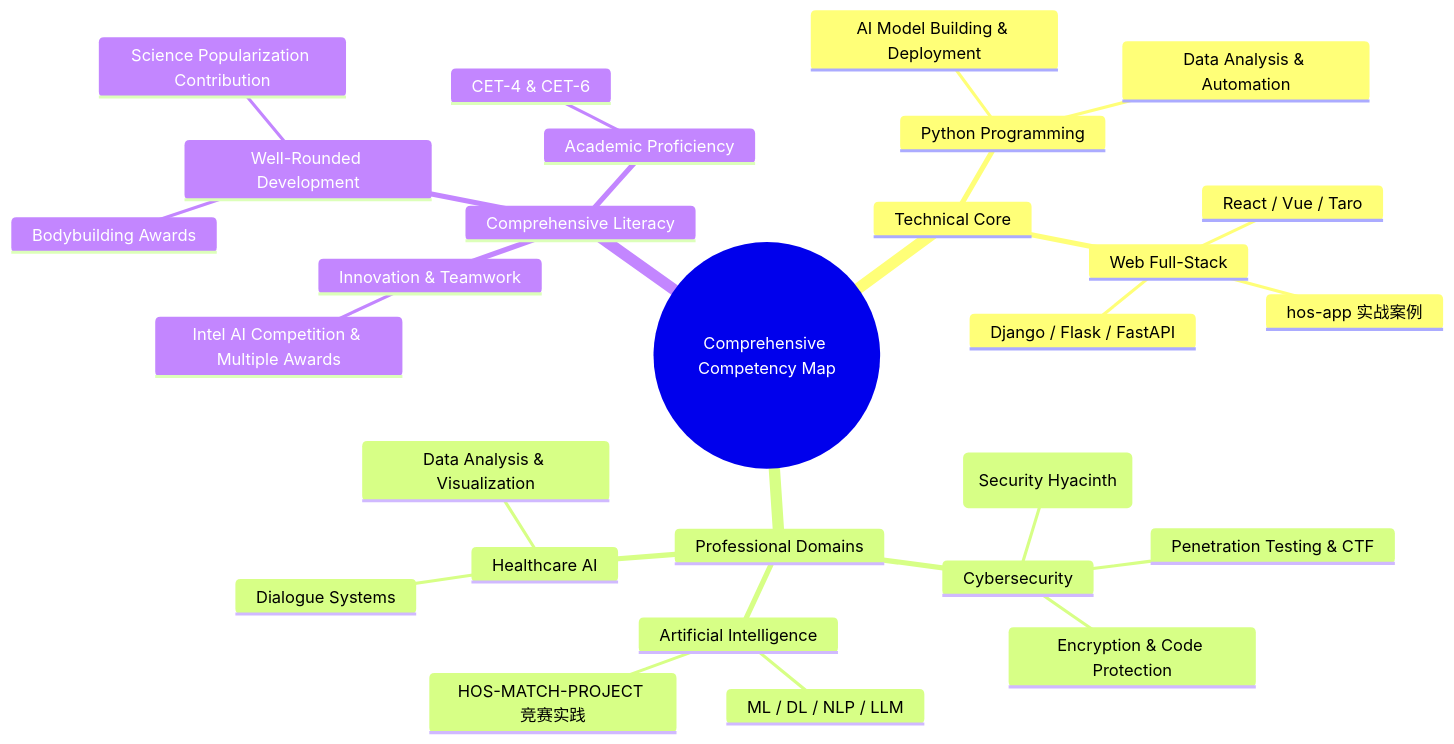
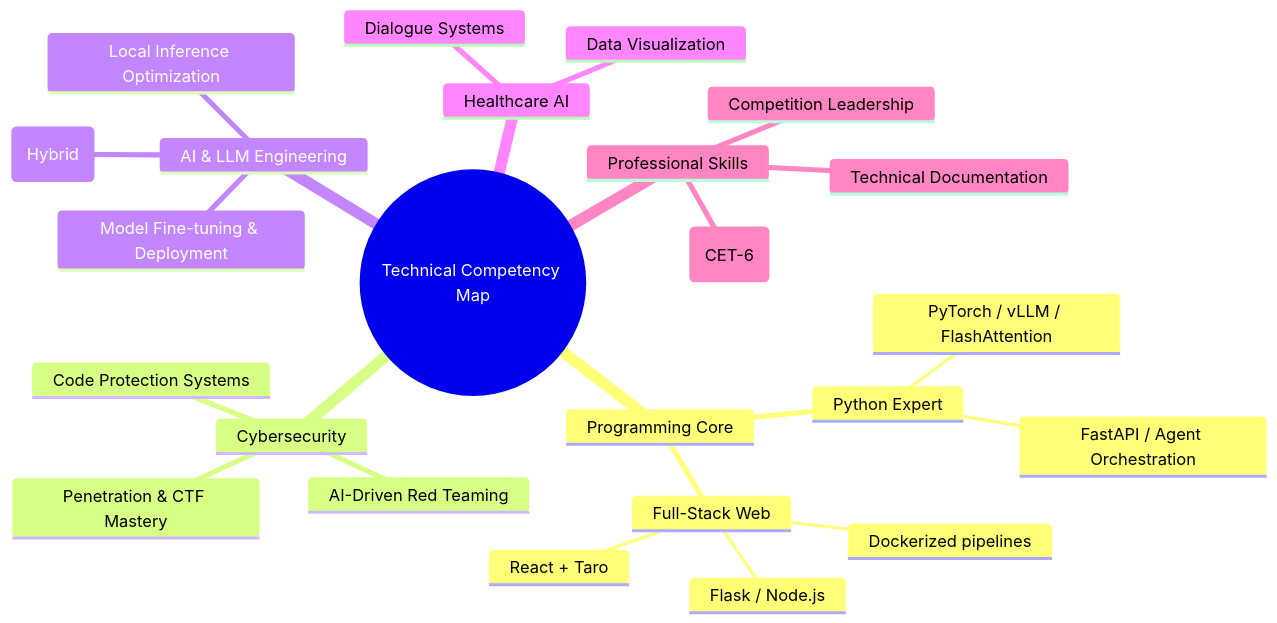
Before and after one commit to lxcxjxhx/RES-PJEXP: the diagram in README.md, drawn with Mermaid. The commit also changed other lines of this file, not shown here.

````diff
--- a/README.md
+++ b/README.md
@@ -57,31 +111,27 @@
 ```mermaid
 mindmap
-  root((Comprehensive Competency Map))
-    Technical Core
-      Python Programming
-        Data Analysis & Automation
-        AI Model Building & Deployment
-      Web Full-Stack
-        React / Vue / Taro
-        Django / Flask / FastAPI
-        hos-app 实战案例
-    Professional Domains
-      Cybersecurity
-        Penetration Testing & CTF
-        Encryption & Code Protection
-        Security Platform (Security Hyacinth)
-      Artificial Intelligence
-        ML / DL / NLP / LLM
-        HOS-MATCH-PROJECT 竞赛实践
-      Healthcare AI
-        Dialogue Systems
-        Data Analysis & Visualization
-    Comprehensive Literacy
-      Academic Proficiency
-        CET-4 & CET-6
-      Innovation & Teamwork
-        Intel AI Competition & Multiple Awards
-      Well-Rounded Development
-        Bodybuilding Awards
-        Science Popularization Contribution
+  root((Technical Competency Map))
+    Programming Core
+      Python Expert
+        PyTorch / vLLM / FlashAttention
+        FastAPI / Agent Orchestration
+      Full-Stack Web
+        React + Taro
+        Flask / Node.js
+        Dockerized pipelines
+    Cybersecurity
+      Penetration & CTF Mastery
+      AI-Driven Red Teaming
+      Code Protection Systems
+    AI & LLM Engineering
+      Model Fine-tuning & Deployment
+      Prompt Engineering (Hybrid)
+      Local Inference Optimization
+    Healthcare AI
+      Dialogue Systems
+      Data Visualization
+    Professional Skills
+      Competition Leadership
+      Technical Documentation
+      English Proficiency (CET-6)
 ```
````
